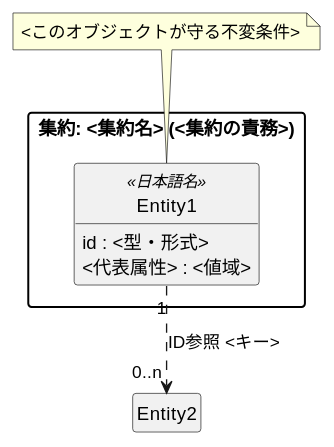
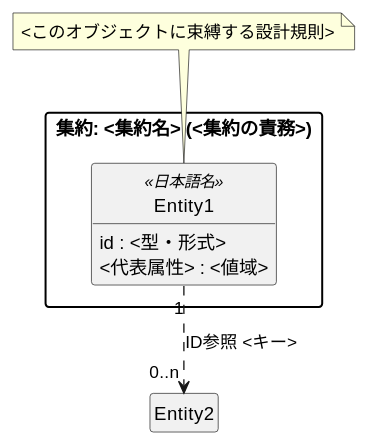
One commit to swat9013/claude-skills changed the diagram in skills/design/sud-design/references/artifacts.md. Above: the diagram before and after it, drawn with PlantUML. The commit also changed other lines of this file and 45 other files, not shown here.

````diff
--- a/skills/design/sud-design/references/artifacts.md
+++ b/skills/design/sud-design/references/artifacts.md
@@ -81,21 +81,21 @@
 ```plantuml
 @startuml <name>-domain
 ' 記述規約: (上記 1・2 をここに写す)
 hide circle
 hide empty members
 skinparam packageStyle rectangle
 
 package "集約: <集約名> (<集約の責務>)" as Agg1 {
   class Entity1 <<日本語名>> {
     {field} id : <型・形式>
     {field} <代表属性> : <値域>
   }
 }
 
 Entity1 "1" ..> "0..n" Entity2 : ID参照 <キー>
 
 note top of Entity1
-  <このオブジェクトが守る不変条件>
+  <このオブジェクトに束縛する設計規則>
 end note
 @enduml
 ```
````
